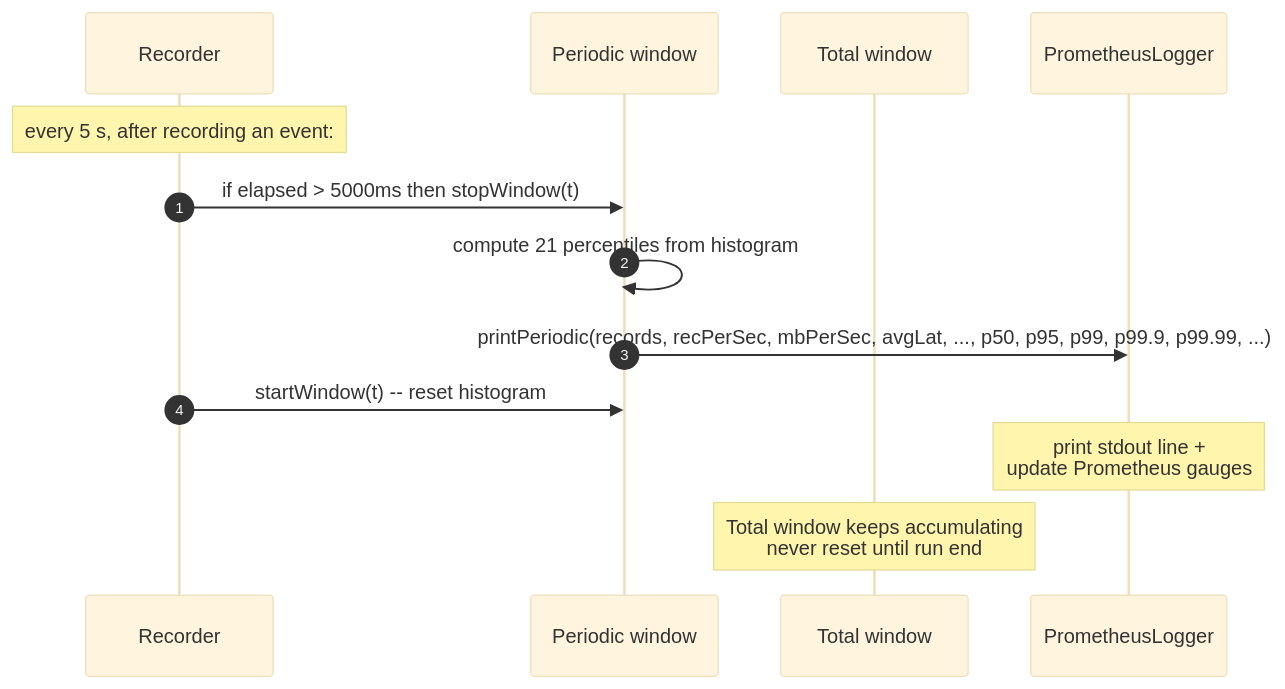
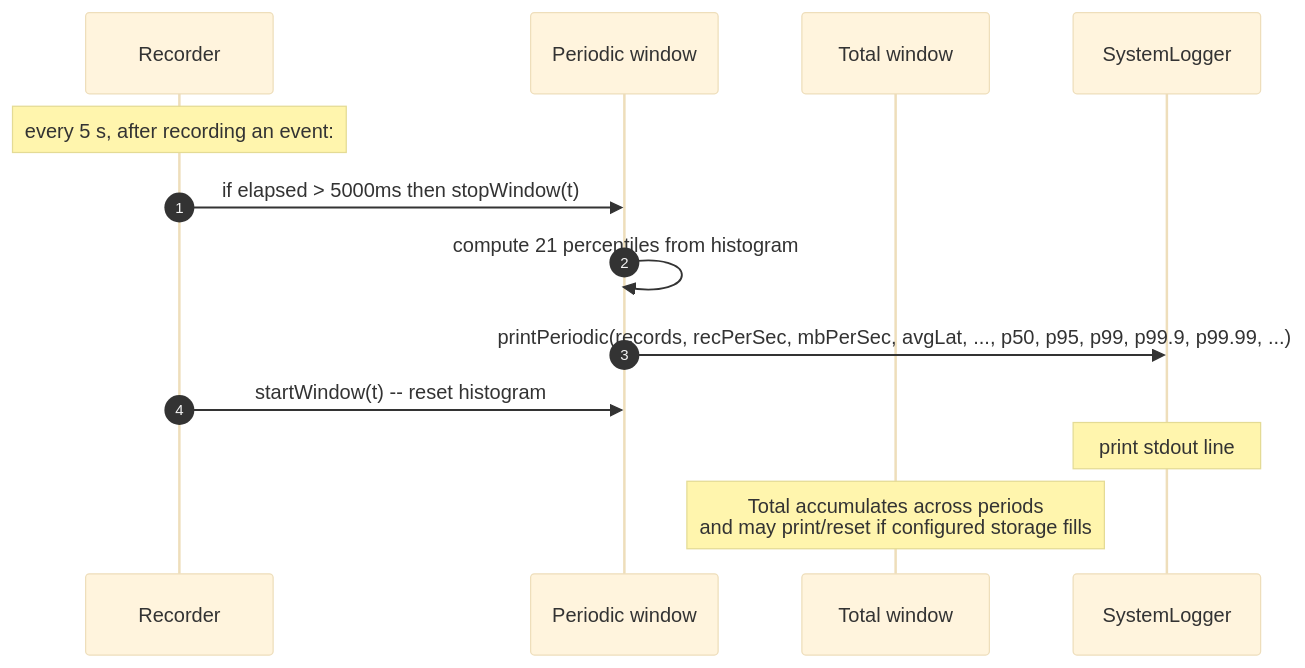
One commit to kmgowda/SBK changed diagram 32 of 36 in docs/sbk-internals.md. Above: the diagram before and after it, drawn with Mermaid (base theme). The commit also changed other lines of this file and 1 other file, not shown here.

Commit message:
Improve SBK internals architecture guide

````diff
--- a/docs/sbk-internals.md
+++ b/docs/sbk-internals.md
@@ -1711,16 +2290,16 @@
 ```mermaid
 sequenceDiagram
     autonumber
     participant R as Recorder
     participant Win as Periodic window
     participant Tot as Total window
-    participant Log as PrometheusLogger
+    participant Log as SystemLogger
 
     Note over R: every 5 s, after recording an event:
     R->>Win: if elapsed > 5000ms then stopWindow(t)
     Win->>Win: compute 21 percentiles from histogram
     Win->>Log: printPeriodic(records, recPerSec, mbPerSec, avgLat, ..., p50, p95, p99, p99.9, p99.99, ...)
     R->>Win: startWindow(t) -- reset histogram
-    Note over Log: print stdout line +<br/>update Prometheus gauges
-    Note over Tot: Total window keeps accumulating<br/>never reset until run end
+    Note over Log: print stdout line
+    Note over Tot: Total accumulates across periods<br/>and may print/reset if configured storage fills
 ```
````
